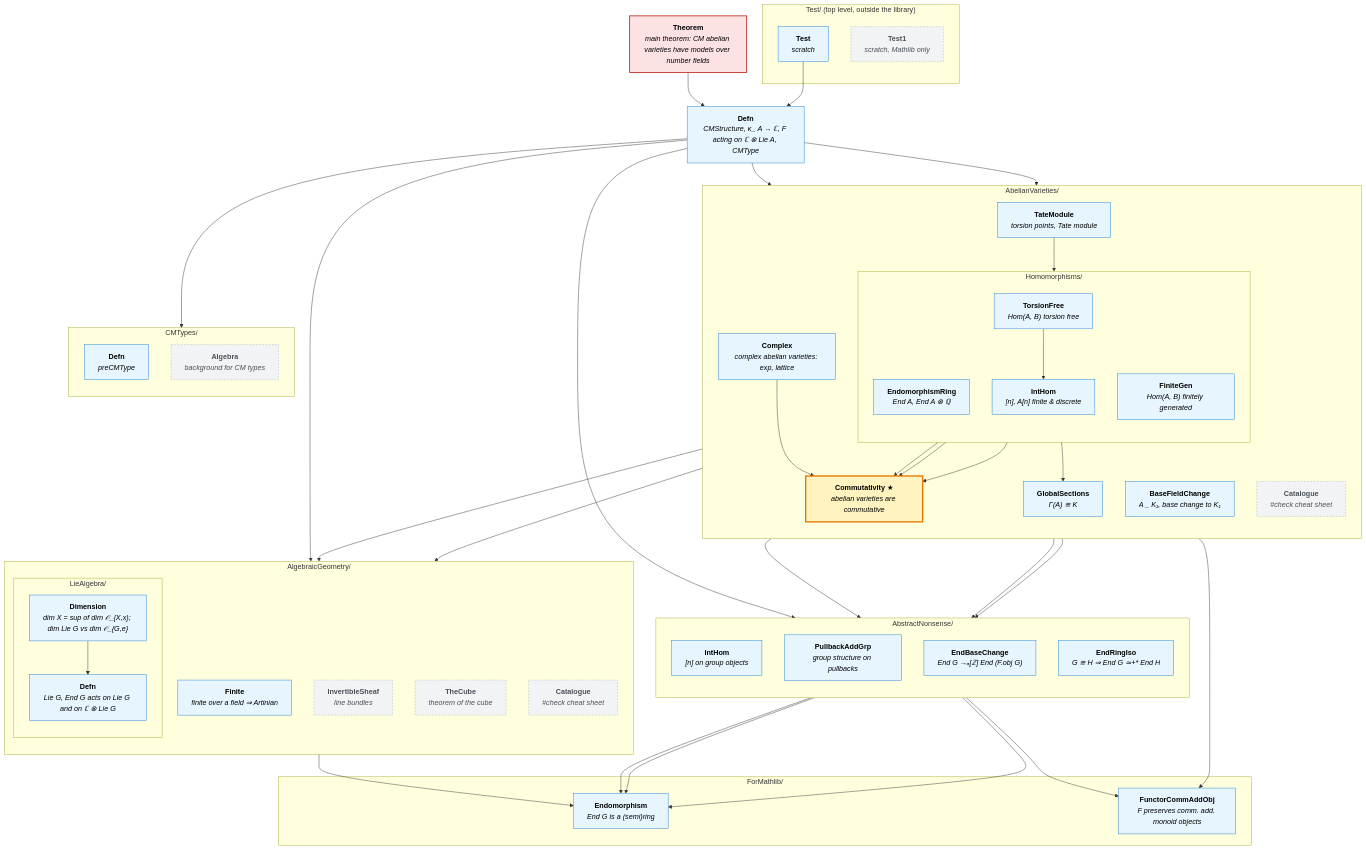
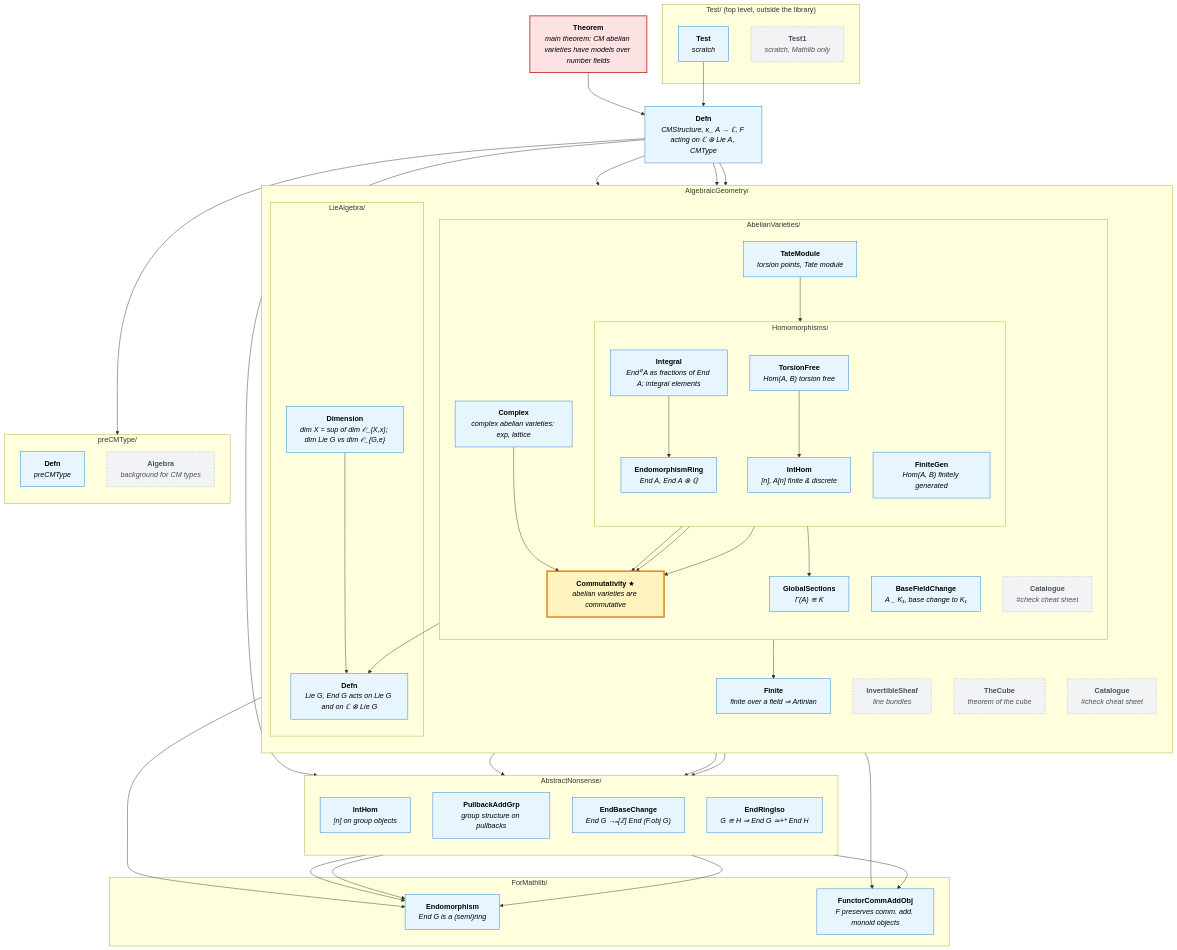
One commit to abhijitaj1997/CMAbelianVarieties changed the diagram in MindMap.md. Above: the diagram before and after it, drawn with Mermaid. The commit also changed 3 other files, not shown here.

````diff
--- a/MindMap.md
+++ b/MindMap.md
@@ -11,24 +11,6 @@
   %% ---------- top level ----------
   Theorem["<b>Theorem</b><br/><i>main theorem: CM abelian varieties have models over number fields</i>"]
   Defn["<b>Defn</b><br/><i>CMStructure, κ_ A → ℂ, F acting on ℂ ⊗ Lie A, CMType</i>"]
-
-  %% ---------- AbelianVarieties ----------
-  subgraph AV["AbelianVarieties/"]
-    direction TB
-    GlobalSections["<b>GlobalSections</b><br/><i>Γ(A) ≅ K</i>"]
-    TateModule["<b>TateModule</b><br/><i>torsion points, Tate module</i>"]
-    BaseFieldChange["<b>BaseFieldChange</b><br/><i>A _ K₁, base change to K₁</i>"]
-    AVCatalogue["<b>Catalogue</b><br/><i>#check cheat sheet</i>"]
-    Commutativity["<b>Commutativity</b> ★<br/><i>abelian varieties are commutative</i>"]
-    Complex["<b>Complex</b><br/><i>complex abelian varieties: exp, lattice</i>"]
-    subgraph HOM["Homomorphisms/"]
-      direction TB
-      EndomorphismRing["<b>EndomorphismRing</b><br/><i>End A, End A ⊗ ℚ</i>"]
-      FiniteGen["<b>FiniteGen</b><br/><i>Hom(A, B) finitely generated</i>"]
-      TorsionFree["<b>TorsionFree</b><br/><i>Hom(A, B) torsion free</i>"]
-      IntHomAV["<b>IntHom</b><br/><i>[n], A[n] finite & discrete</i>"]
-    end
-  end
 
   %% ---------- AbstractNonsense ----------
   subgraph AN["AbstractNonsense/"]
@@ -50,6 +32,23 @@
       Dimension["<b>Dimension</b><br/><i>dim X = sup of dim 𝒪_{X,x}; dim Lie G vs dim 𝒪_{G,e}</i>"]
     end
     AGCatalogue["<b>Catalogue</b><br/><i>#check cheat sheet</i>"]
+    subgraph AV["AbelianVarieties/"]
+      direction TB
+      GlobalSections["<b>GlobalSections</b><br/><i>Γ(A) ≅ K</i>"]
+      TateModule["<b>TateModule</b><br/><i>torsion points, Tate module</i>"]
+      BaseFieldChange["<b>BaseFieldChange</b><br/><i>A _ K₁, base change to K₁</i>"]
+      AVCatalogue["<b>Catalogue</b><br/><i>#check cheat sheet</i>"]
+      Commutativity["<b>Commutativity</b> ★<br/><i>abelian varieties are commutative</i>"]
+      Complex["<b>Complex</b><br/><i>complex abelian varieties: exp, lattice</i>"]
+      subgraph HOM["Homomorphisms/"]
+        direction TB
+        EndomorphismRing["<b>EndomorphismRing</b><br/><i>End A, End A ⊗ ℚ</i>"]
+        FiniteGen["<b>FiniteGen</b><br/><i>Hom(A, B) finitely generated</i>"]
+        TorsionFree["<b>TorsionFree</b><br/><i>Hom(A, B) torsion free</i>"]
+        IntHomAV["<b>IntHom</b><br/><i>[n], A[n] finite & discrete</i>"]
+        Integral["<b>Integral</b><br/><i>End⁰ A as fractions of End A; integral elements</i>"]
+      end
+    end
   end
 
   %% ---------- ForMathlib ----------
@@ -58,8 +57,8 @@
     FunctorCommAddObj["<b>FunctorCommAddObj</b><br/><i>F preserves comm. add. monoid objects</i>"]
   end
 
-  %% ---------- CMTypes ----------
-  subgraph CM["CMTypes/"]
+  %% ---------- preCMType ----------
+  subgraph CM["preCMType/"]
     direction TB
     CMDefn["<b>Defn</b><br/><i>preCMType</i>"]
     CMAlgebra["<b>Algebra</b><br/><i>background for CM types</i>"]
@@ -77,7 +76,7 @@
   Defn --> CMDefn
   Defn --> BaseFieldChange
   Defn --> EndBaseChange
-  Defn --> LieAlgebra
+  Defn --> Complex
   BaseFieldChange --> FunctorCommAddObj
   EndBaseChange --> Endomorphism
   EndBaseChange --> FunctorCommAddObj
@@ -85,6 +84,7 @@
   EndomorphismRing --> EndRingIso
   EndRingIso --> Endomorphism
   FiniteGen --> Commutativity
+  Integral --> EndomorphismRing
   Complex --> LieAlgebra
   Complex --> Commutativity
   TateModule --> IntHomAV
@@ -107,6 +107,6 @@
 
   class Theorem goal
   class Commutativity hub
-  class EndomorphismRing,FiniteGen,IntHomAV,Complex,TorsionFree,TateModule,GlobalSections,IntHomAN,PullbackAddGrp,Finite,Endomorphism,LieAlgebra,CMDefn,Test,BaseFieldChange,EndBaseChange,FunctorCommAddObj,Defn,EndRingIso,Dimension connected
+  class EndomorphismRing,FiniteGen,IntHomAV,Complex,TorsionFree,TateModule,GlobalSections,IntHomAN,PullbackAddGrp,Finite,Endomorphism,LieAlgebra,CMDefn,Test,BaseFieldChange,EndBaseChange,FunctorCommAddObj,Defn,EndRingIso,Dimension,Integral connected
   class AVCatalogue,InvertibleSheaf,TheCube,AGCatalogue,CMAlgebra,Test1 unused
 ```
````
